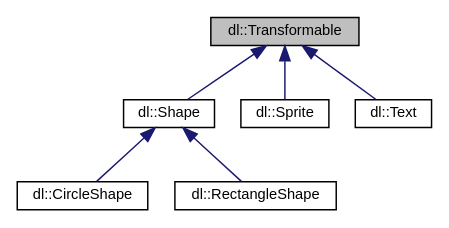
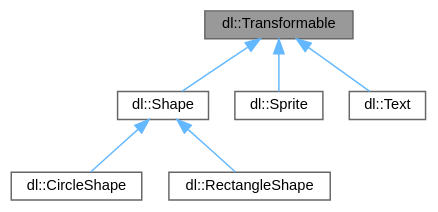
The diagram in docs/classdl_1_1Transformable__inherit__graph.dot (Dogbonee/Dualie), drawn with Graphviz before and after one commit. The commit also changed 198 other files, not shown here.

```diff
--- a/docs/classdl_1_1Transformable__inherit__graph.dot
+++ b/docs/classdl_1_1Transformable__inherit__graph.dot
@@ -1,17 +1,18 @@
 digraph "dl::Transformable"
 {
  // LATEX_PDF_SIZE
-  edge [fontname="Helvetica",fontsize="10",labelfontname="Helvetica",labelfontsize="10"];
-  node [fontname="Helvetica",fontsize="10",shape=record];
-  Node1 [label="dl::Transformable",height=0.2,width=0.4,color="black", fillcolor="grey75", style="filled", fontcolor="black",tooltip="A base class for anything that has a position on the screen."];
-  Node1 -> Node2 [dir="back",color="midnightblue",fontsize="10",style="solid",fontname="Helvetica"];
-  Node2 [label="dl::Shape",height=0.2,width=0.4,color="black", fillcolor="white", style="filled",URL="$classdl_1_1Shape.html",tooltip="The base class for any shape."];
-  Node2 -> Node3 [dir="back",color="midnightblue",fontsize="10",style="solid",fontname="Helvetica"];
-  Node3 [label="dl::CircleShape",height=0.2,width=0.4,color="black", fillcolor="white", style="filled",URL="$classdl_1_1CircleShape.html",tooltip="A circle shape."];
-  Node2 -> Node4 [dir="back",color="midnightblue",fontsize="10",style="solid",fontname="Helvetica"];
-  Node4 [label="dl::RectangleShape",height=0.2,width=0.4,color="black", fillcolor="white", style="filled",URL="$classdl_1_1RectangleShape.html",tooltip="A rectangle shape."];
-  Node1 -> Node5 [dir="back",color="midnightblue",fontsize="10",style="solid",fontname="Helvetica"];
-  Node5 [label="dl::Sprite",height=0.2,width=0.4,color="black", fillcolor="white", style="filled",URL="$classdl_1_1Sprite.html",tooltip="A class used to handle the drawing and transformation of sprites."];
-  Node1 -> Node6 [dir="back",color="midnightblue",fontsize="10",style="solid",fontname="Helvetica"];
-  Node6 [label="dl::Text",height=0.2,width=0.4,color="black", fillcolor="white", style="filled",URL="$classdl_1_1Text.html",tooltip="A class used to handle the transformation and drawing of visible text."];
+  bgcolor="transparent";
+  edge [fontname=Helvetica,fontsize=10,labelfontname=Helvetica,labelfontsize=10];
+  node [fontname=Helvetica,fontsize=10,shape=box,height=0.2,width=0.4];
+  Node1 [id="Node000001",label="dl::Transformable",height=0.2,width=0.4,color="gray40", fillcolor="grey60", style="filled", fontcolor="black",tooltip="A base class for anything that has a position on the screen."];
+  Node1 -> Node2 [id="edge1_Node000001_Node000002",dir="back",color="steelblue1",style="solid",tooltip=" "];
+  Node2 [id="Node000002",label="dl::Shape",height=0.2,width=0.4,color="gray40", fillcolor="white", style="filled",URL="$classdl_1_1Shape.html",tooltip="The base class for any shape."];
+  Node2 -> Node3 [id="edge2_Node000002_Node000003",dir="back",color="steelblue1",style="solid",tooltip=" "];
+  Node3 [id="Node000003",label="dl::CircleShape",height=0.2,width=0.4,color="gray40", fillcolor="white", style="filled",URL="$classdl_1_1CircleShape.html",tooltip="A circle shape."];
+  Node2 -> Node4 [id="edge3_Node000002_Node000004",dir="back",color="steelblue1",style="solid",tooltip=" "];
+  Node4 [id="Node000004",label="dl::RectangleShape",height=0.2,width=0.4,color="gray40", fillcolor="white", style="filled",URL="$classdl_1_1RectangleShape.html",tooltip="A rectangle shape."];
+  Node1 -> Node5 [id="edge4_Node000001_Node000005",dir="back",color="steelblue1",style="solid",tooltip=" "];
+  Node5 [id="Node000005",label="dl::Sprite",height=0.2,width=0.4,color="gray40", fillcolor="white", style="filled",URL="$classdl_1_1Sprite.html",tooltip="A class used to handle the drawing and transformation of sprites."];
+  Node1 -> Node6 [id="edge5_Node000001_Node000006",dir="back",color="steelblue1",style="solid",tooltip=" "];
+  Node6 [id="Node000006",label="dl::Text",height=0.2,width=0.4,color="gray40", fillcolor="white", style="filled",URL="$classdl_1_1Text.html",tooltip="A class used to handle the transformation and drawing of visible text."];
 }
```
